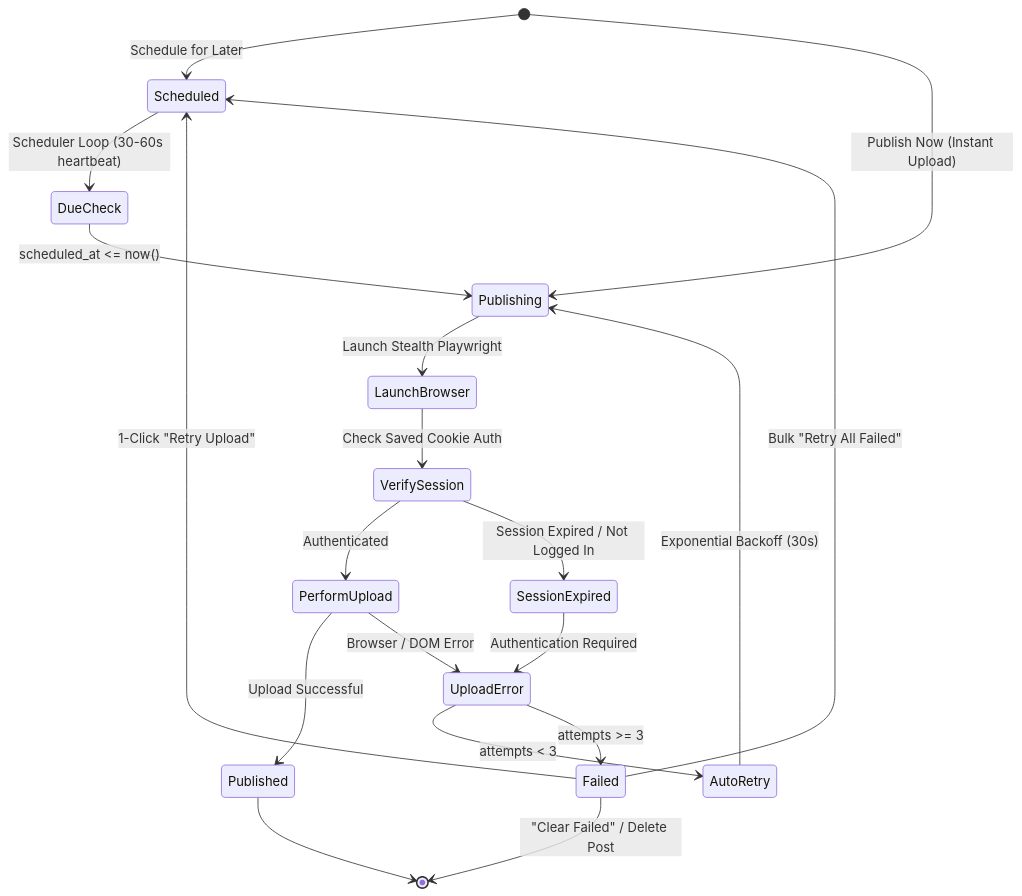
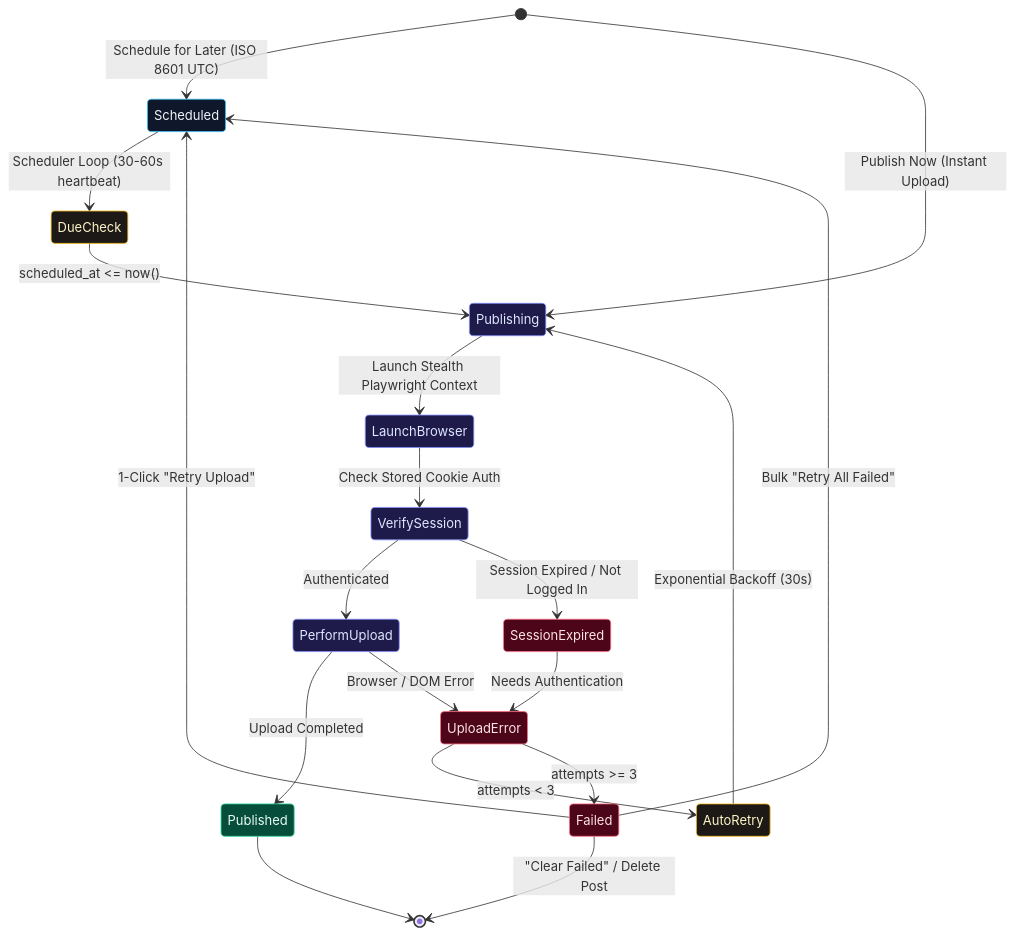
One commit to DivyamJoshi2005/Alfred changed the eighth of 9 diagrams in README.md. Above: the diagram before and after it, drawn with Mermaid. The commit also changed other lines of this file and 1 other file, not shown here.

Commit message:
docs: add minimal, vibrant slate & neon accent styling to all Mermaid architecture diagrams

````diff
--- a/README.md
+++ b/README.md
@@ -460,28 +498,40 @@
 ```mermaid
 stateDiagram-v2
-    [*] --> Scheduled: Schedule for Later
+    classDef scheduled fill:#0f172a,stroke:#38bdf8,color:#f1f5f9
+    classDef active fill:#1e1b4b,stroke:#818cf8,color:#e0e7ff
+    classDef success fill:#064e3b,stroke:#34d399,color:#ecfdf5
+    classDef error fill:#4c0519,stroke:#fb7185,color:#ffe4e6
+    classDef retry fill:#1c1917,stroke:#fbbf24,color:#fef3c7
+
+    [*] --> Scheduled: Schedule for Later (ISO 8601 UTC)
     [*] --> Publishing: Publish Now (Instant Upload)
 
     Scheduled --> DueCheck: Scheduler Loop (30-60s heartbeat)
     DueCheck --> Publishing: scheduled_at <= now()
 
-    Publishing --> LaunchBrowser: Launch Stealth Playwright
-    LaunchBrowser --> VerifySession: Check Saved Cookie Auth
+    Publishing --> LaunchBrowser: Launch Stealth Playwright Context
+    LaunchBrowser --> VerifySession: Check Stored Cookie Auth
 
     VerifySession --> PerformUpload: Authenticated
     VerifySession --> SessionExpired: Session Expired / Not Logged In
 
-    PerformUpload --> Published: Upload Successful
+    PerformUpload --> Published: Upload Completed
     PerformUpload --> UploadError: Browser / DOM Error
-    SessionExpired --> UploadError: Authentication Required
+    SessionExpired --> UploadError: Needs Authentication
 
     UploadError --> AutoRetry: attempts < 3
     AutoRetry --> Publishing: Exponential Backoff (30s)
 
     UploadError --> Failed: attempts >= 3
     Failed --> Scheduled: 1-Click "Retry Upload"
     Failed --> Scheduled: Bulk "Retry All Failed"
     Failed --> [*]: "Clear Failed" / Delete Post
 
     Published --> [*]
+
+    class Scheduled scheduled
+    class Publishing,LaunchBrowser,VerifySession,PerformUpload active
+    class Published success
+    class SessionExpired,UploadError,Failed error
+    class DueCheck,AutoRetry retry
 ```
````
